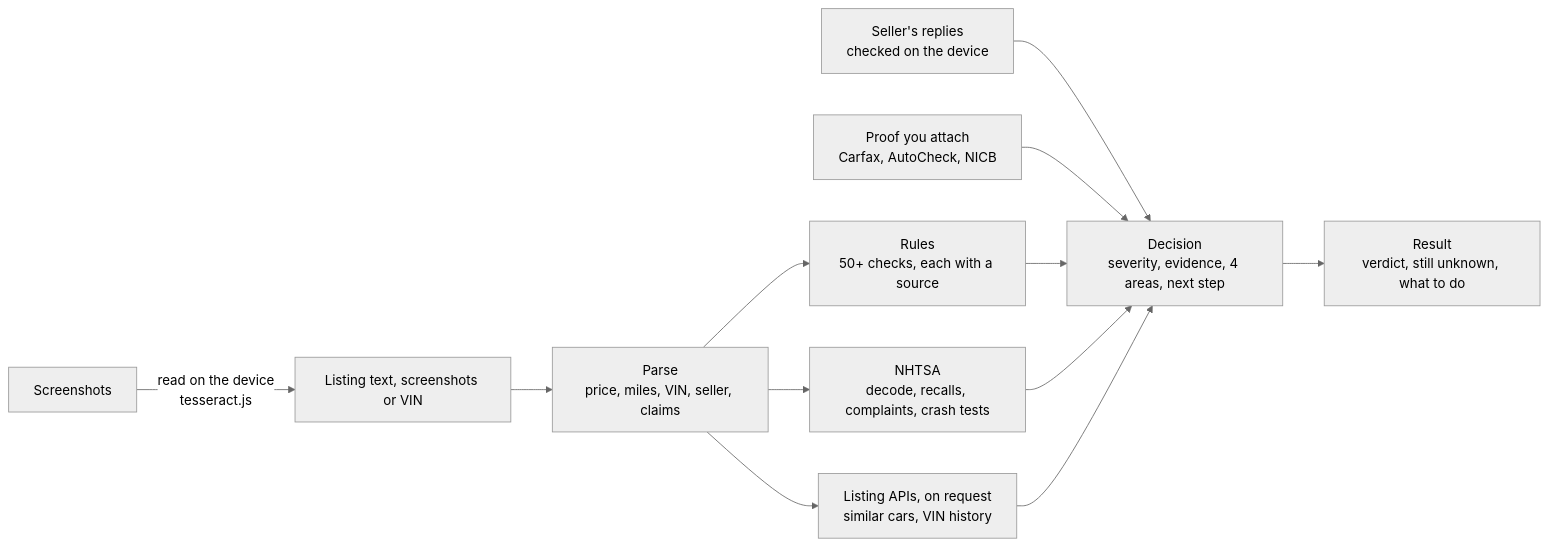
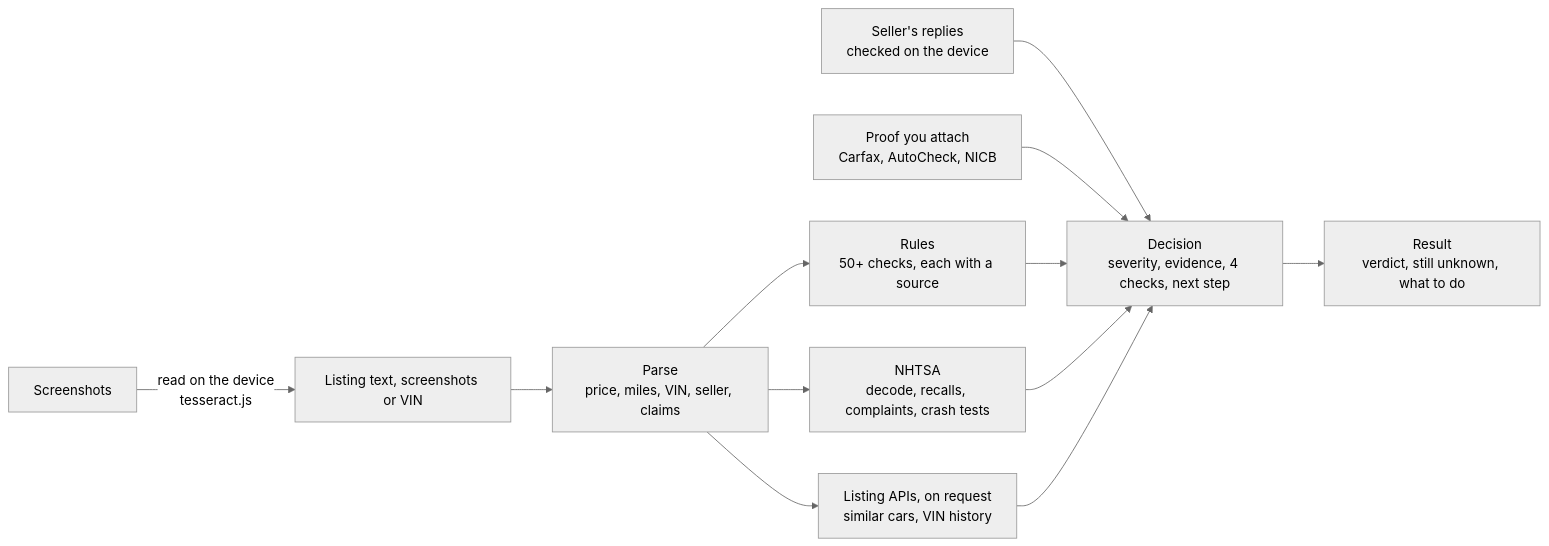
One commit to amoghnellutla/VinVerdict changed the diagram in README.md. Above: the diagram before and after it, drawn with Mermaid (neutral theme). The commit also changed other lines of this file and 16 other files, not shown here.

````diff
--- a/README.md
+++ b/README.md
@@ -259,12 +199,12 @@
 ```mermaid
 flowchart LR
   A[Listing text, screenshots or VIN] --> B[Parse<br/>price, miles, VIN, seller, claims]
   S[Screenshots] -->|read on the device<br/>tesseract.js| A
   B --> C[Rules<br/>50+ checks, each with a source]
   B --> D[NHTSA<br/>decode, recalls, complaints, crash tests]
   B --> E[Listing APIs, on request<br/>similar cars, VIN history]
   R[Seller's replies<br/>checked on the device] --> F
   P[Proof you attach<br/>Carfax, AutoCheck, NICB] --> F
-  C & D & E --> F[Decision<br/>severity, evidence, 4 areas, next step]
+  C & D & E --> F[Decision<br/>severity, evidence, 4 checks, next step]
   F --> G[Result<br/>verdict, still unknown, what to do]
 ```
````
